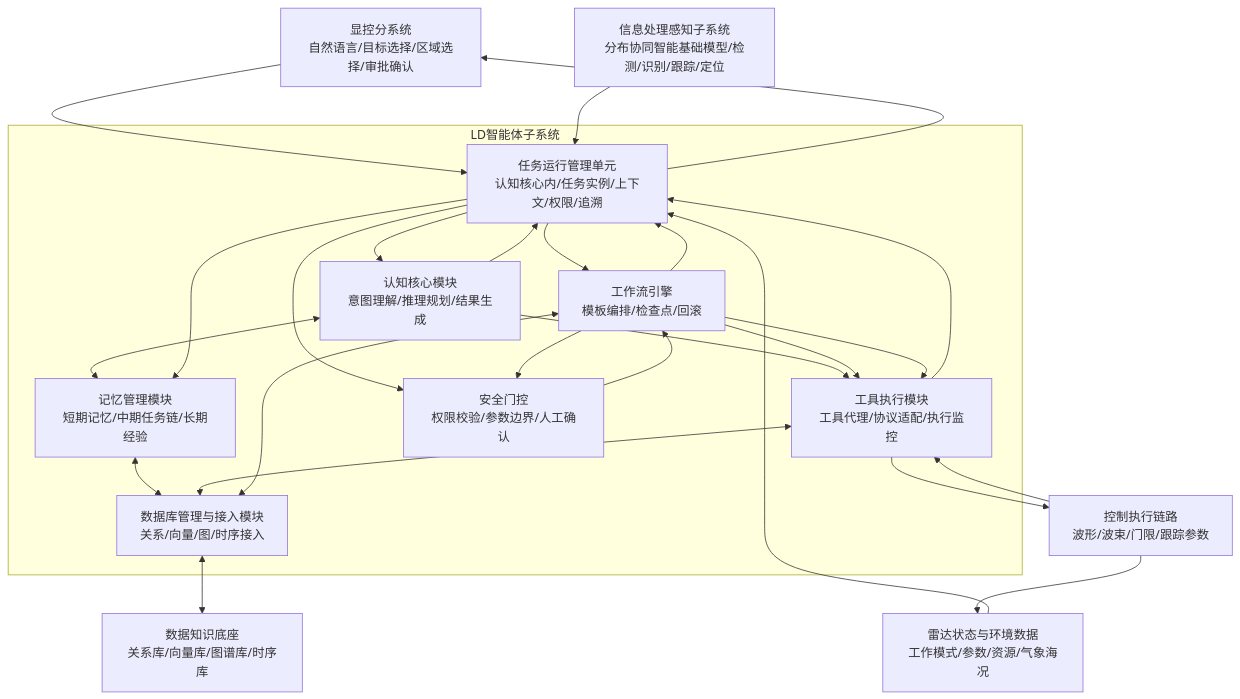
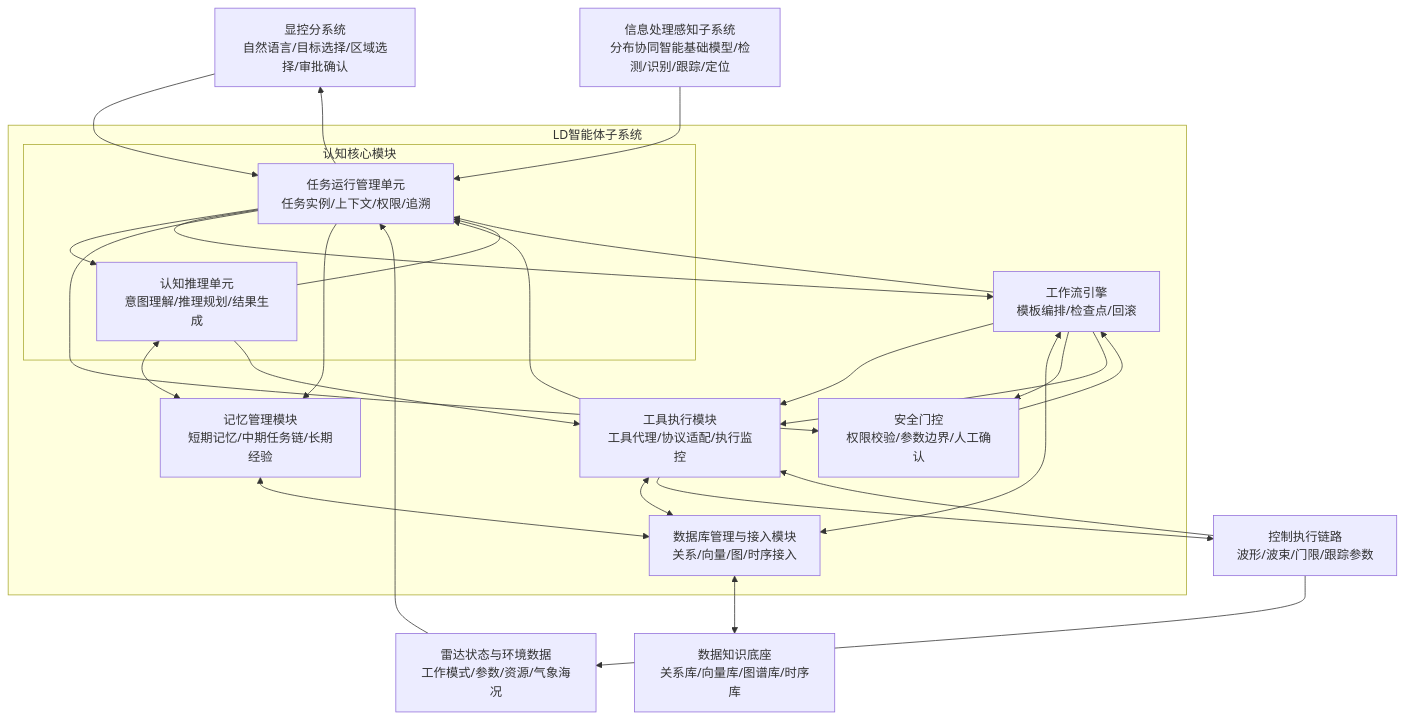
One commit to StormSeven1/obsidian-vault changed the first of 7 diagrams in radar agent/4.3.3.2 LD智能体子系统技术方案.md. Above: the diagram before and after it, drawn with Mermaid. The commit also changed other lines of this file, not shown here.

````diff
--- a/radar agent/4.3.3.2 LD智能体子系统技术方案.md
+++ b/radar agent/4.3.3.2 LD智能体子系统技术方案.md
@@ -21,43 +21,45 @@
 ```mermaid
 graph TB
     J1[显控分系统<br/>自然语言/目标选择/区域选择/审批确认]
     J2[信息处理感知子系统<br/>分布协同智能基础模型/检测/识别/跟踪/定位]
     J3[雷达状态与环境数据<br/>工作模式/参数/资源/气象海况]
     J4[控制执行链路<br/>波形/波束/门限/跟踪参数]
     J5[数据知识底座<br/>关系库/向量库/图谱库/时序库]
 
     subgraph J6[LD智能体子系统]
-        J7[任务运行管理单元<br/>认知核心内/任务实例/上下文/权限/追溯]
-        J8[认知核心模块<br/>意图理解/推理规划/结果生成]
+        subgraph J8[认知核心模块]
+            J7[任务运行管理单元<br/>任务实例/上下文/权限/追溯]
+            J8A[认知推理单元<br/>意图理解/推理规划/结果生成]
+        end
         J9[记忆管理模块<br/>短期记忆/中期任务链/长期经验]
         J10[工具执行模块<br/>工具代理/协议适配/执行监控]
         J11[工作流引擎<br/>模板编排/检查点/回滚]
         J12[数据库管理与接入模块<br/>关系/向量/图/时序接入]
         J13[安全门控<br/>权限校验/参数边界/人工确认]
     end
 
     J1 --> J7
     J2 --> J7
     J3 --> J7
-    J7 --> J8
-    J8 <--> J9
+    J7 --> J8A
+    J8A <--> J9
     J9 <--> J12
-    J8 --> J10
-    J8 --> J7
+    J8A --> J10
+    J8A --> J7
     J7 --> J11
     J11 --> J10
     J10 <--> J12
     J11 <--> J12
     J12 <--> J5
     J7 --> J13
     J11 --> J13
     J13 --> J11
     J11 --> J10
     J10 --> J4
     J4 --> J10
     J4 --> J3
     J10 --> J7
     J11 --> J7
     J7 --> J1
     J7 --> J9
 ```
````
